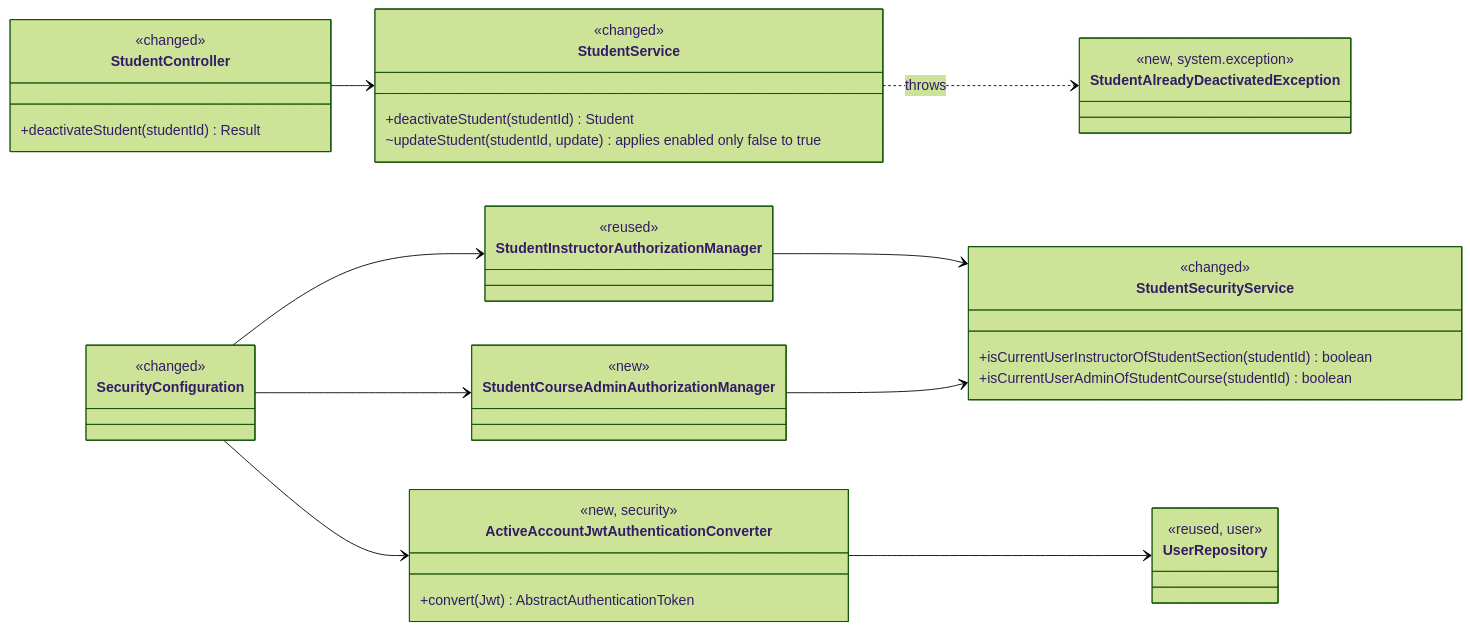
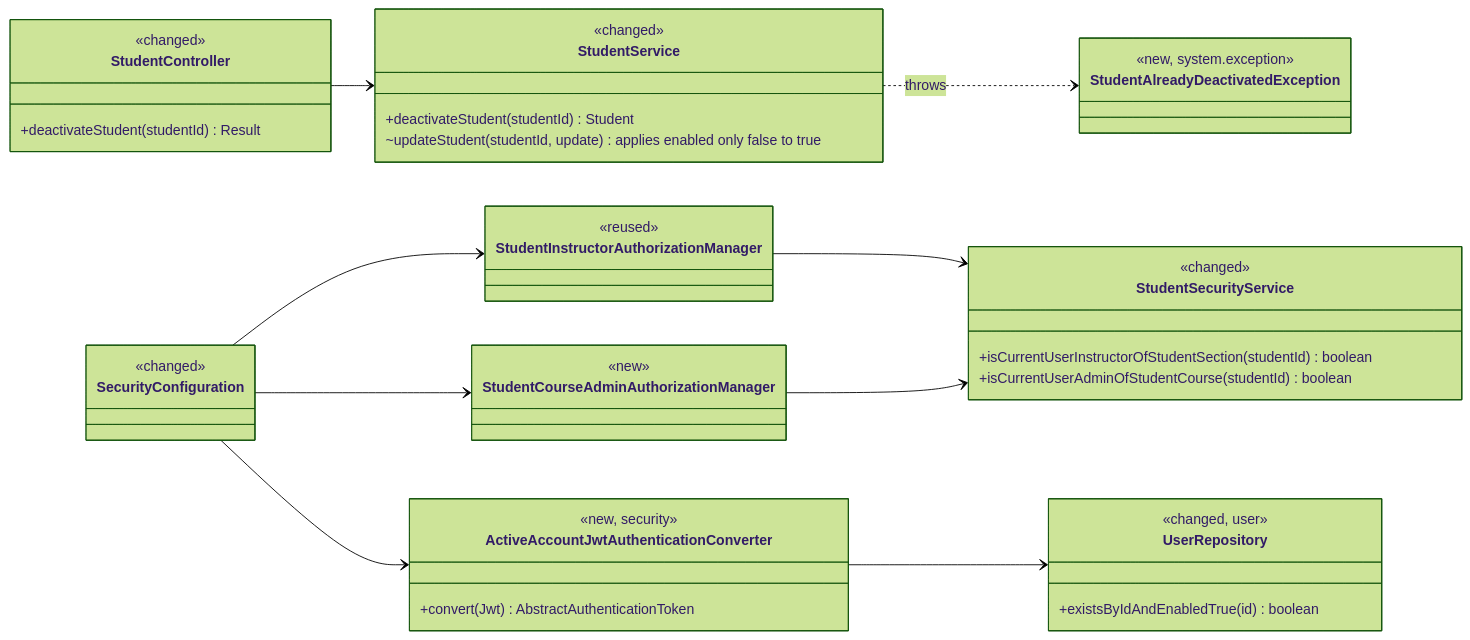
One commit to BlakeyBoy11/add-a-use-case changed the first of 3 diagrams in docs/design/stu.md. Above: the diagram before and after it, drawn with Mermaid (forest theme). The commit also changed other lines of this file and 4 other files, not shown here.

````diff
--- a/docs/design/stu.md
+++ b/docs/design/stu.md
@@ -18,45 +18,46 @@
 ```mermaid
 classDiagram
     direction LR
     class StudentController {
         <<changed>>
         +deactivateStudent(studentId) Result
     }
     class StudentService {
         <<changed>>
         +deactivateStudent(studentId) Student
         ~updateStudent(studentId, update) applies enabled only false to true
     }
     class StudentSecurityService {
         <<changed>>
         +isCurrentUserInstructorOfStudentSection(studentId) boolean
         +isCurrentUserAdminOfStudentCourse(studentId) boolean
     }
     class StudentInstructorAuthorizationManager {
         <<reused>>
     }
     class StudentCourseAdminAuthorizationManager {
         <<new>>
     }
     class StudentAlreadyDeactivatedException {
         <<new, system.exception>>
     }
     class ActiveAccountJwtAuthenticationConverter {
         <<new, security>>
         +convert(Jwt) AbstractAuthenticationToken
     }
     class SecurityConfiguration {
         <<changed>>
     }
     class UserRepository {
-        <<reused, user>>
+        <<changed, user>>
+        +existsByIdAndEnabledTrue(id) boolean
     }
     StudentController --> StudentService
     StudentService ..> StudentAlreadyDeactivatedException : throws
     StudentInstructorAuthorizationManager --> StudentSecurityService
     StudentCourseAdminAuthorizationManager --> StudentSecurityService
     SecurityConfiguration --> StudentInstructorAuthorizationManager
     SecurityConfiguration --> StudentCourseAdminAuthorizationManager
     SecurityConfiguration --> ActiveAccountJwtAuthenticationConverter
     ActiveAccountJwtAuthenticationConverter --> UserRepository
 ```
````
